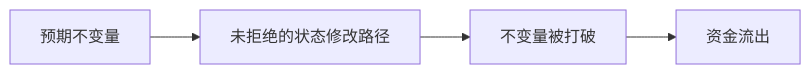
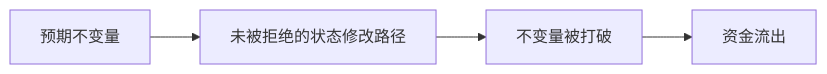
One commit to ChuwuYo/misc-files changed the first of 8 diagrams in web3-engineer-guide/05-智能合约安全/README.md. Above: the diagram before and after it, drawn with Mermaid. The commit also changed other lines of this file and 211 other files, not shown here.

````diff
--- a/web3-engineer-guide/05-智能合约安全/README.md
+++ b/web3-engineer-guide/05-智能合约安全/README.md
@@ -114,6 +84,6 @@
 ```mermaid
 flowchart LR
-    A[预期不变量] --> B[未拒绝的状态修改路径]
+    A[预期不变量] --> B[未被拒绝的状态修改路径]
     B --> C[不变量被打破]
     C --> D[资金流出]
 ```
````
